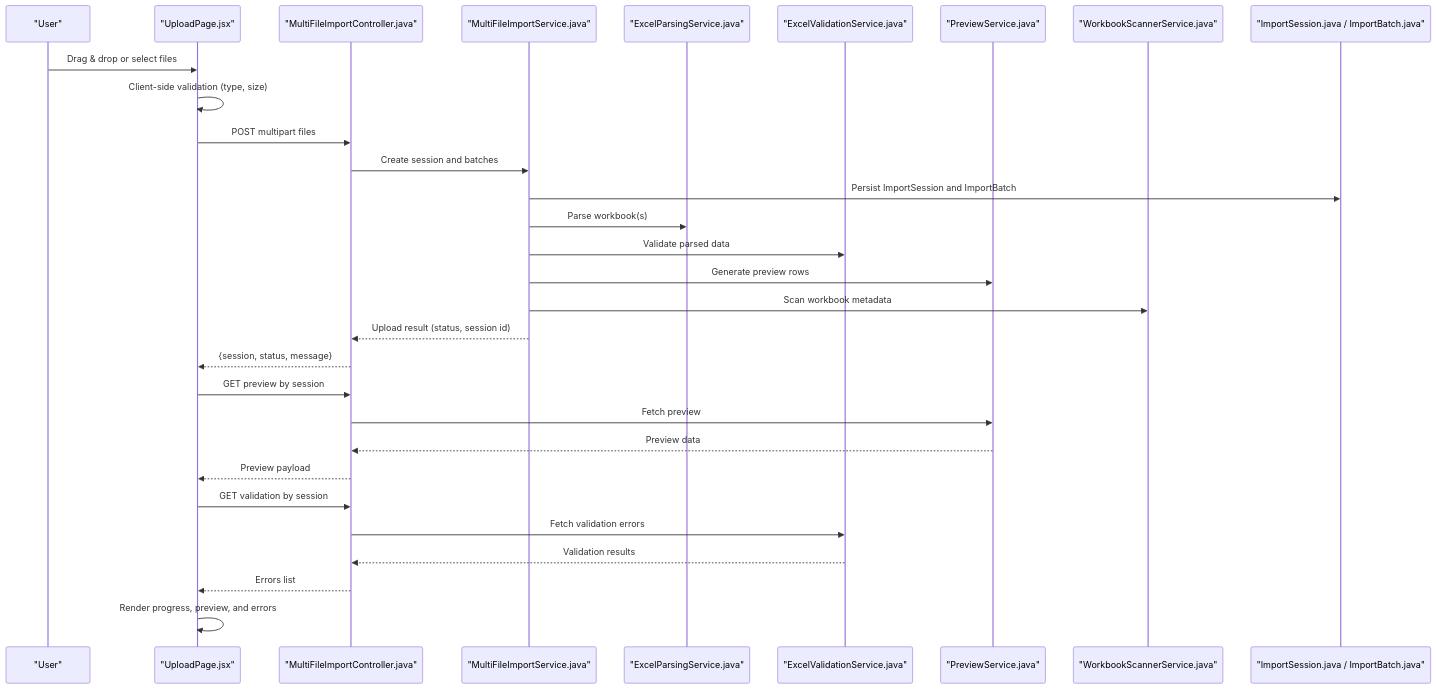
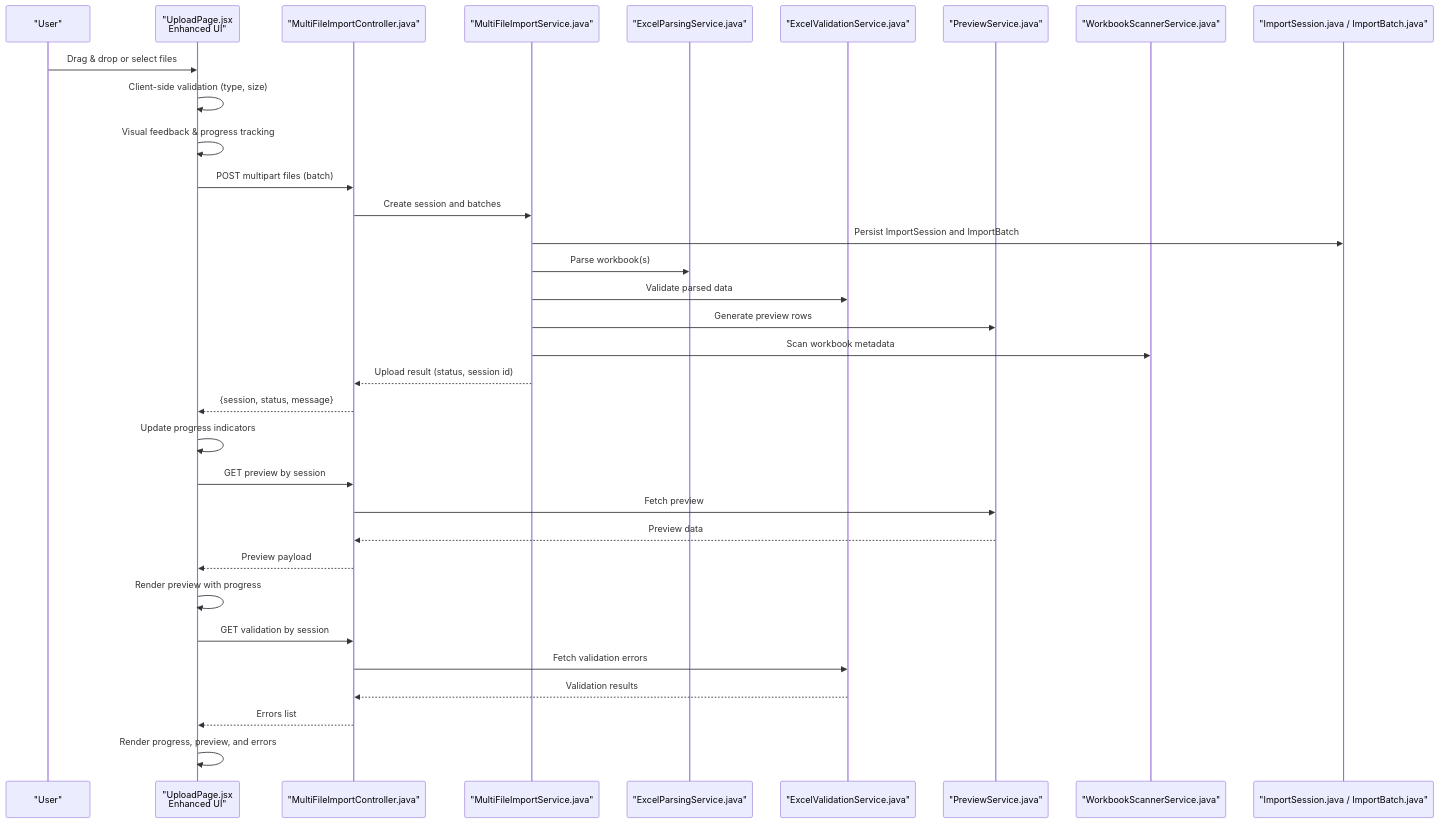
Before and after one commit to janoshan07/ceb_demo_dashboard: the second of 4 diagrams in .qoder/repowiki/en/content/Frontend Documentation/Pages and Views/Upload Page.md, drawn with Mermaid. The commit also changed other lines of this file and 27 other files, not shown here.

First line of the commit message:
feat(import): enhance multi-file upload with batch processing and concurrency

````diff
--- a/.qoder/repowiki/en/content/Frontend Documentation/Pages and Views/Upload Page.md
+++ b/.qoder/repowiki/en/content/Frontend Documentation/Pages and Views/Upload Page.md
@@ -137,32 +150,35 @@
 ```mermaid
 sequenceDiagram
 participant U as "User"
-participant F as "UploadPage.jsx"
+participant F as "UploadPage.jsx<br/>Enhanced UI"
 participant API as "MultiFileImportController.java"
 participant SVC as "MultiFileImportService.java"
 participant PARSE as "ExcelParsingService.java"
 participant VALID as "ExcelValidationService.java"
 participant PREV as "PreviewService.java"
 participant SCAN as "WorkbookScannerService.java"
 participant DB as "ImportSession.java / ImportBatch.java"
 U->>F : Drag & drop or select files
 F->>F : Client-side validation (type, size)
-F->>API : POST multipart files
+F->>F : Visual feedback & progress tracking
+F->>API : POST multipart files (batch)
 API->>SVC : Create session and batches
 SVC->>DB : Persist ImportSession and ImportBatch
 SVC->>PARSE : Parse workbook(s)
 SVC->>VALID : Validate parsed data
 SVC->>PREV : Generate preview rows
 SVC->>SCAN : Scan workbook metadata
 SVC-->>API : Upload result (status, session id)
 API-->>F : {session, status, message}
+F->>F : Update progress indicators
 F->>API : GET preview by session
 API->>PREV : Fetch preview
 PREV-->>API : Preview data
 API-->>F : Preview payload
+F->>F : Render preview with progress
 F->>API : GET validation by session
 API->>VALID : Fetch validation errors
 VALID-->>API : Validation results
 API-->>F : Errors list
 F->>F : Render progress, preview, and errors
 ```
````
